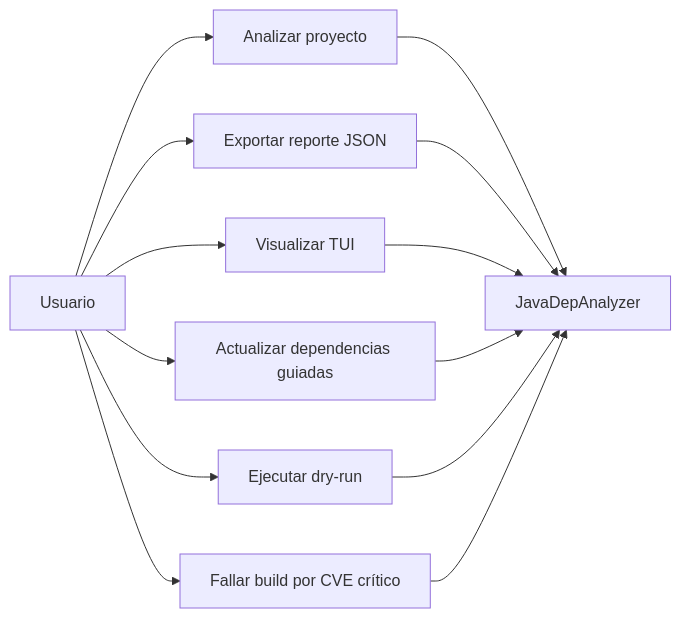
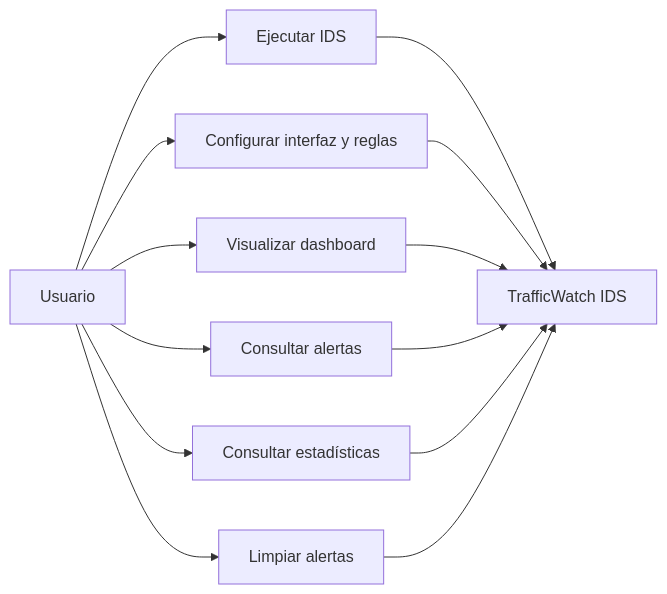
Before and after one commit to diegochara2019065026/proyecto-si784-2026-i-u1-ids: the fifth of 8 diagrams in docs/FD03-Informe-Especificación Requerimientos.md, drawn with Mermaid. The commit also changed other lines of this file, not shown here.

First line of the commit message:
Revise document for TrafficWatch IDS specifications

````diff
--- a/docs/FD03-Informe-Especificación Requerimientos.md
+++ b/docs/FD03-Informe-Especificación Requerimientos.md
@@ -299,15 +306,16 @@
 ```mermaid
 flowchart LR
-    U[Usuario] --> UC1[Analizar proyecto]
-    U --> UC2[Exportar reporte JSON]
-    U --> UC3[Visualizar TUI]
-    U --> UC4[Actualizar dependencias guiadas]
-    U --> UC5[Ejecutar dry-run]
-    U --> UC6[Fallar build por CVE crítico]
-    UC1 --> S[JavaDepAnalyzer]
+    U[Usuario] --> UC1[Ejecutar IDS]
+    U --> UC2[Configurar interfaz y reglas]
+    U --> UC3[Visualizar dashboard]
+    U --> UC4[Consultar alertas]
+    U --> UC5[Consultar estadísticas]
+    U --> UC6[Limpiar alertas]
+
+    UC1 --> S[TrafficWatch IDS]
     UC2 --> S
     UC3 --> S
     UC4 --> S
     UC5 --> S
     UC6 --> S
 ```
````
